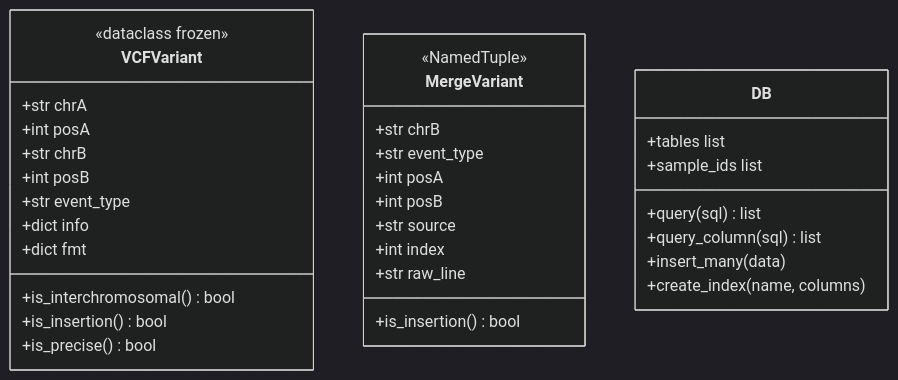
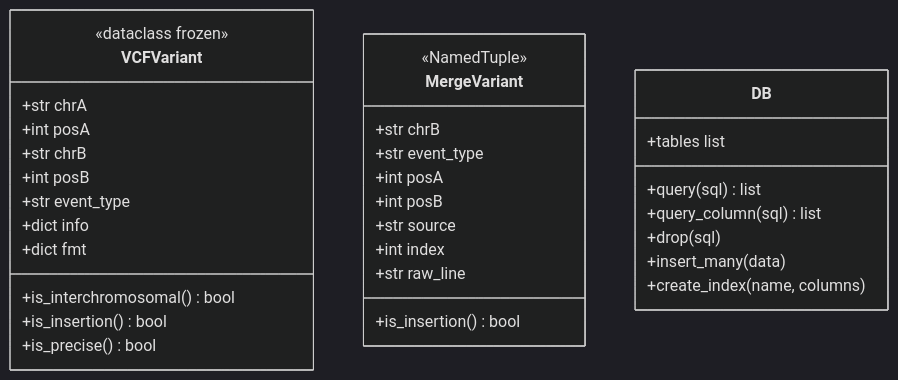
The second of 2 diagrams in docs/architecture.md (J35P312/SVDB), drawn with Mermaid (dark theme) before and after one commit. The commit also changed 4 other files, not shown here.

````diff
--- a/docs/architecture.md
+++ b/docs/architecture.md
@@ -54,37 +54,37 @@
 ```mermaid
 classDiagram
     class VCFVariant {
         <<dataclass frozen>>
         +str chrA
         +int posA
         +str chrB
         +int posB
         +str event_type
         +dict info
         +dict fmt
         +is_interchromosomal() bool
         +is_insertion() bool
         +is_precise() bool
     }
 
     class MergeVariant {
         <<NamedTuple>>
         +str chrB
         +str event_type
         +int posA
         +int posB
         +str source
         +int index
         +str raw_line
         +is_insertion() bool
     }
 
     class DB {
         +query(sql) list
         +query_column(sql) list
+        +drop(sql)
         +insert_many(data)
         +create_index(name, columns)
         +tables list
-        +sample_ids list
     }
 ```
````
